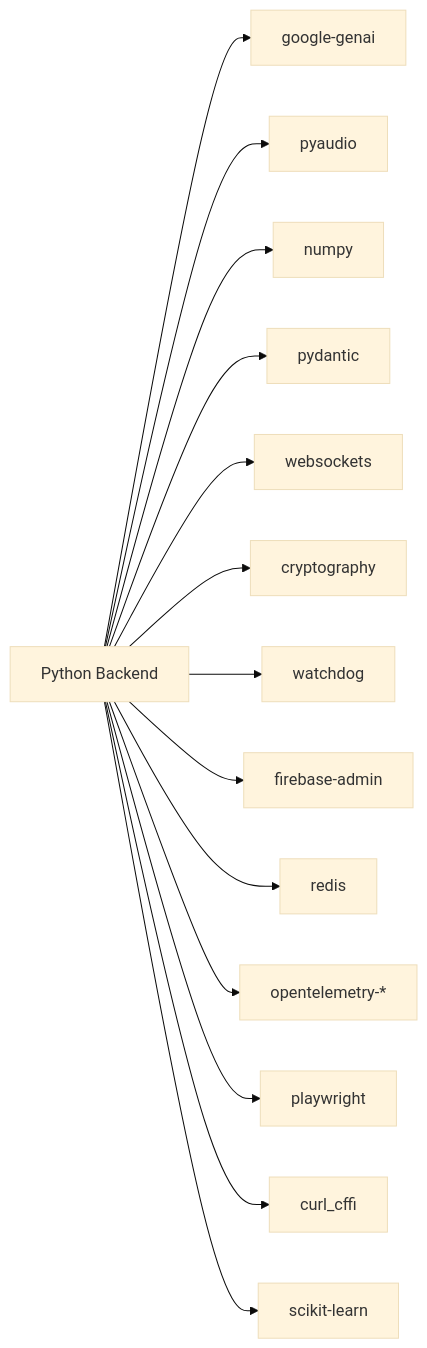
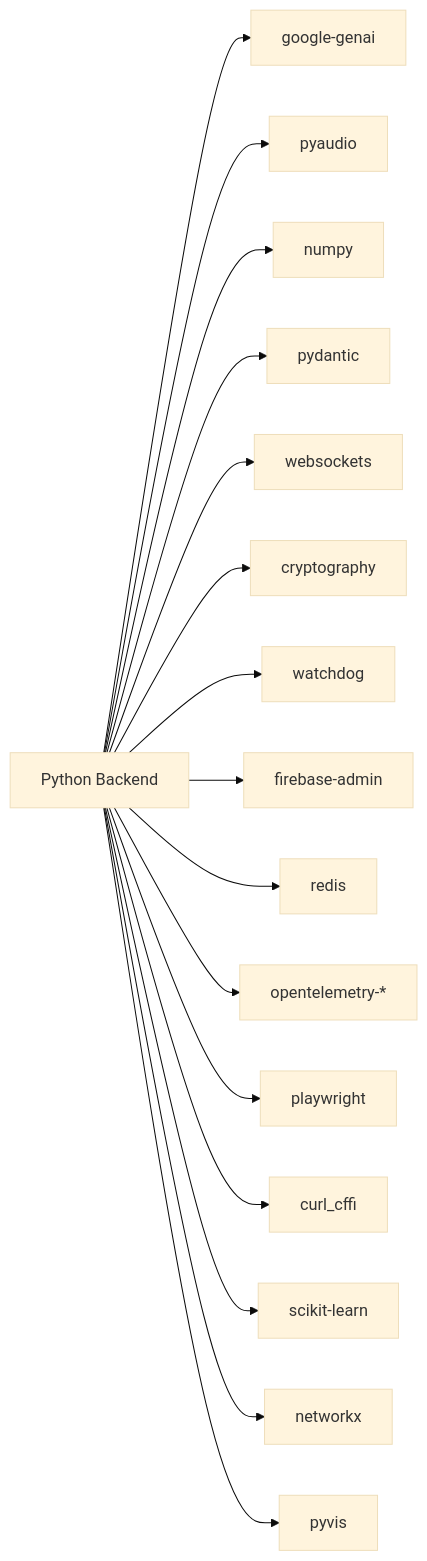
One commit to Moeabdelaziz007/Aether-Voice-OS changed diagram 11 of 15 in .qoder/repowiki/en/content/Developer Guide.md. Above: the diagram before and after it, drawn with Mermaid (base theme). The commit also changed other lines of this file and 29 other files, not shown here.

````diff
--- a/.qoder/repowiki/en/content/Developer Guide.md
+++ b/.qoder/repowiki/en/content/Developer Guide.md
@@ -371,16 +514,18 @@
 ```mermaid
 graph LR
 PY["Python Backend"] --> GENAI["google-genai"]
 PY --> PA["pyaudio"]
 PY --> NP["numpy"]
 PY --> PD["pydantic"]
 PY --> WS["websockets"]
 PY --> CR["cryptography"]
 PY --> WD["watchdog"]
 PY --> FA["firebase-admin"]
 PY --> RC["redis"]
 PY --> OT["opentelemetry-*"]
 PY --> PW["playwright"]
 PY --> CF["curl_cffi"]
 PY --> SL["scikit-learn"]
+PY --> NX["networkx"]
+PY --> PV["pyvis"]
 ```
````
